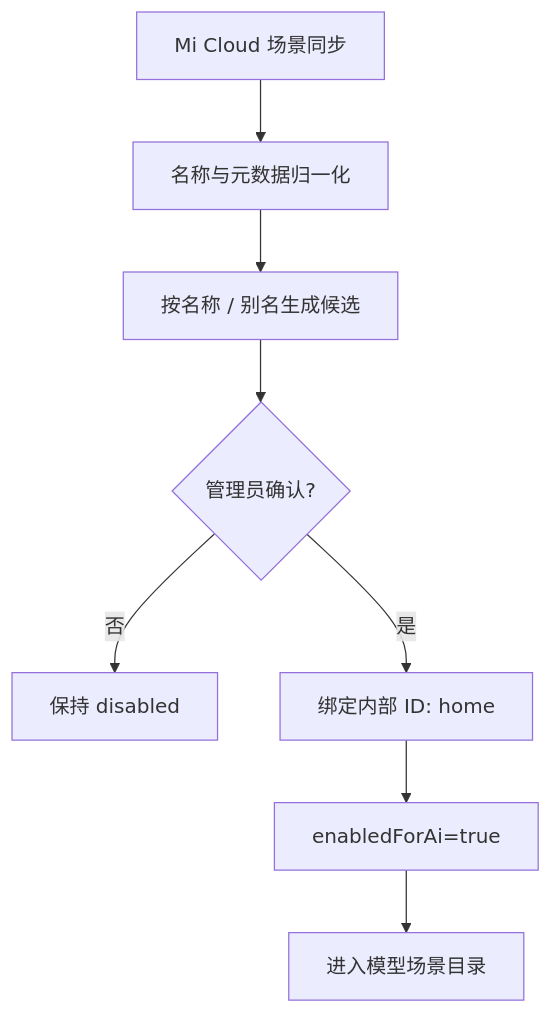
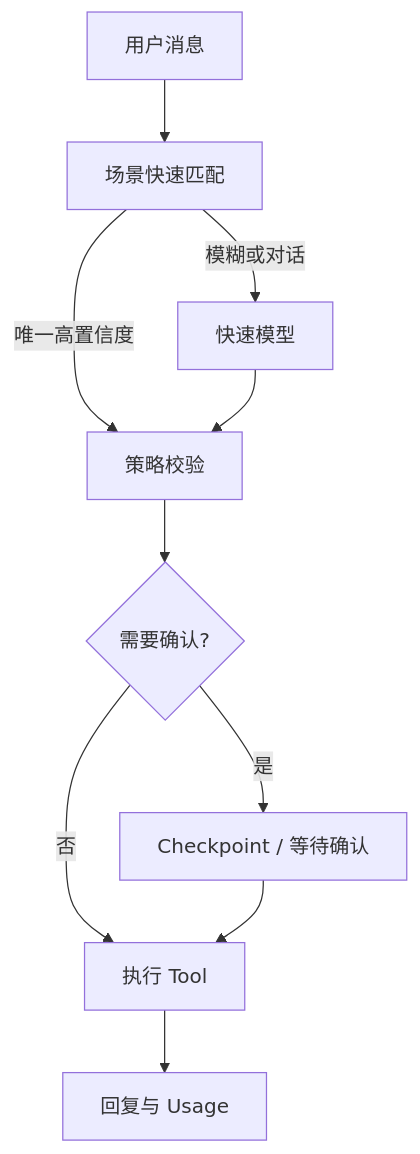
Before and after one commit to zhangys10/mijia-web-console: the seventh of 14 diagrams in docs/ai-home-poc-design.md, drawn with Mermaid. The commit also changed other lines of this file, not shown here.

Commit message:
docs: redesign AI Home around Makers Agent gateway

````diff
--- a/docs/ai-home-poc-design.md
+++ b/docs/ai-home-poc-design.md
@@ -621,10 +268,12 @@
 ```mermaid
 flowchart TD
-    A["Mi Cloud 场景同步"] --> B["名称与元数据归一化"]
-    B --> C["按名称 / 别名生成候选"]
-    C --> D{"管理员确认?"}
-    D -- 否 --> E["保持 disabled"]
-    D -- 是 --> F["绑定内部 ID: home"]
-    F --> G["enabledForAi=true"]
-    G --> H["进入模型场景目录"]
+    I["用户消息"] --> S["场景快速匹配"]
+    S -->|唯一高置信度| V["策略校验"]
+    S -->|模糊或对话| L["快速模型"]
+    L --> V
+    V --> C{"需要确认?"}
+    C -->|是| H["Checkpoint / 等待确认"]
+    C -->|否| T["执行 Tool"]
+    H --> T
+    T --> O["回复与 Usage"]
 ```
````
